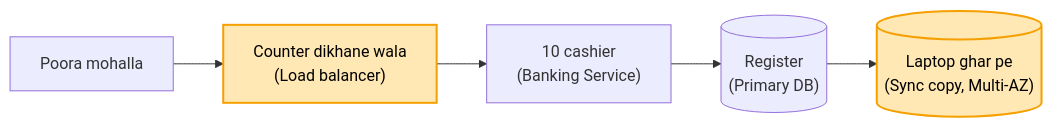
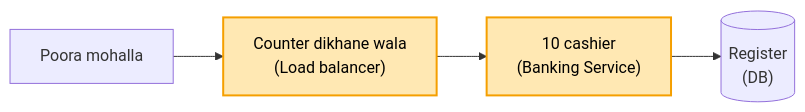
Before and after one commit to ArpanMaheshwari144/Prep: the sixth of 13 diagrams in 04_HLD/SYSTEM_DESIGNS/13_banking_system/13_banking_system.md, drawn with Mermaid. The commit also changed other lines of this file and 17 other files, not shown here.

Commit message:
HLD: 17 main files hand notes se milaye (har block alag section, kahani + asli naam, mermaid), technical naam bhi rakhe

````diff
--- a/04_HLD/SYSTEM_DESIGNS/13_banking_system/13_banking_system.md
+++ b/04_HLD/SYSTEM_DESIGNS/13_banking_system/13_banking_system.md
@@ -114,9 +130,8 @@
 ```mermaid
 flowchart LR
     U["Poora mohalla"] --> LB["Counter dikhane wala<br/>(Load balancer)"]
     LB --> C["10 cashier<br/>(Banking Service)"]
-    C --> R[("Register<br/>(Primary DB)")]
-    R --> L[("Laptop ghar pe<br/>(Sync copy, Multi-AZ)")]
+    C --> R[("Register<br/>(DB)")]
     style LB fill:#ffe8b3,stroke:#f59f00,stroke-width:2px,color:#000
-    style L fill:#ffe8b3,stroke:#f59f00,stroke-width:2px,color:#000
+    style C fill:#ffe8b3,stroke:#f59f00,stroke-width:2px,color:#000
 ```
````
